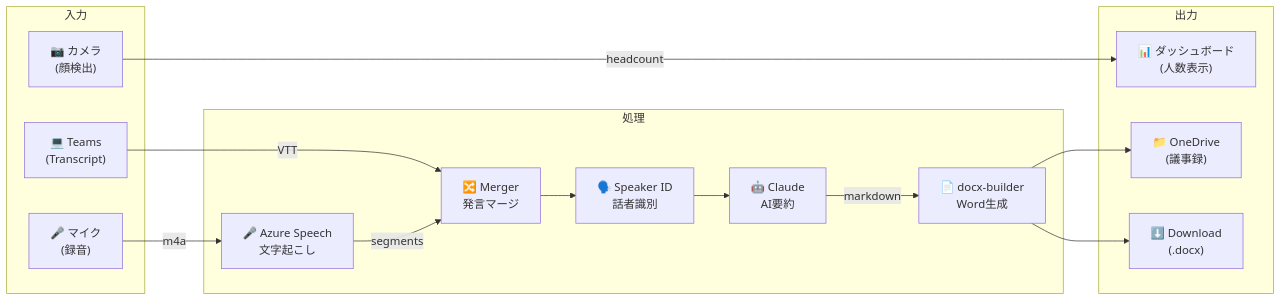
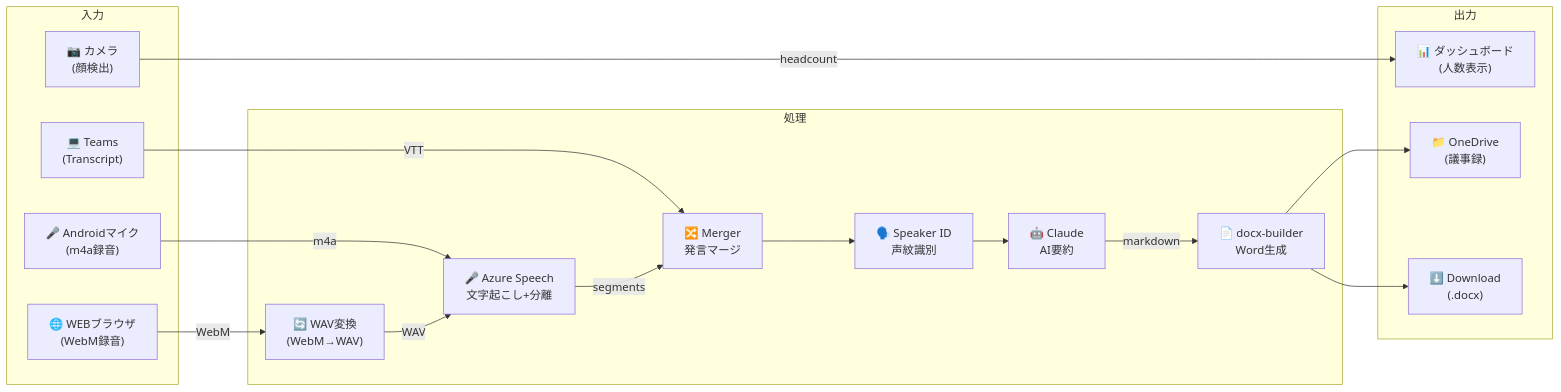
One commit to ytsutsumi30/MeetingRoot changed the first of 9 diagrams in doc/03_data_flow.md. Above: the diagram before and after it, drawn with Mermaid. The commit also changed other lines of this file and 19 other files, not shown here.

````diff
--- a/doc/03_data_flow.md
+++ b/doc/03_data_flow.md
@@ -9,32 +9,35 @@
 ```mermaid
 flowchart LR
     subgraph Input["入力"]
         CAM["📷 カメラ<br/>(顔検出)"]
-        MIC["🎤 マイク<br/>(録音)"]
+        MIC_AND["🎤 Androidマイク<br/>(m4a録音)"]
+        MIC_WEB["🌐 WEBブラウザ<br/>(WebM録音)"]
         TEAMS["💻 Teams<br/>(Transcript)"]
     end
 
     subgraph Process["処理"]
-        STT["🎤 Azure Speech<br/>文字起こし"]
+        CONV["🔄 WAV変換<br/>(WebM→WAV)"]
+        STT["🎤 Azure Speech<br/>文字起こし+分離"]
         MERGE["🔀 Merger<br/>発言マージ"]
-        SPKID["🗣️ Speaker ID<br/>話者識別"]
+        SPKID["🗣️ Speaker ID<br/>声紋識別"]
         AI["🤖 Claude<br/>AI要約"]
         DOCX["📄 docx-builder<br/>Word生成"]
     end
 
     subgraph Output["出力"]
         DASH["📊 ダッシュボード<br/>(人数表示)"]
         OD["📁 OneDrive<br/>(議事録)"]
         DL["⬇️ Download<br/>(.docx)"]
     end
 
     CAM -->|headcount| DASH
-    MIC -->|m4a| STT
+    MIC_AND -->|m4a| STT
+    MIC_WEB -->|WebM| CONV -->|WAV| STT
     TEAMS -->|VTT| MERGE
     STT -->|segments| MERGE
     MERGE --> SPKID
     SPKID --> AI
     AI -->|markdown| DOCX
     DOCX --> OD
     DOCX --> DL
 ```
````
